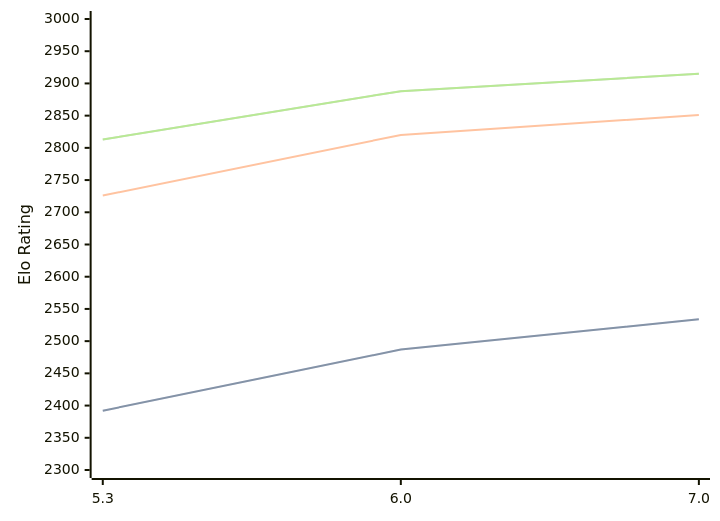
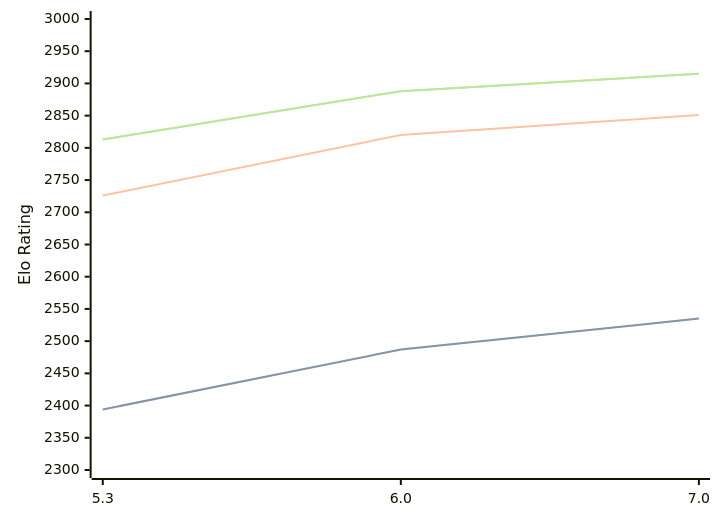
The diagram in engines/tomitankChess.md (computer-chess-index/cci), drawn with Mermaid before and after one commit. The commit also changed other lines of this file, not shown here.

````diff
--- a/engines/tomitankChess.md
+++ b/engines/tomitankChess.md
@@ -33,11 +33,11 @@
 ```mermaid
 %%{init: {"theme":"base","themeVariables":{"seriesColors:['#a3a3a3','#222221','#faa371']}}}%%
 xychart-beta
   x-axis ["5.3", "6.0", "7.0"]
   y-axis "Elo Rating" 2300 --> 3000
-  line "" [2392, 2487, 2534]
-  line "STC (8.0+0.08s)" [2392, 2487, 2534]
+  line "" [2394, 2487, 2535]
+  line "STC (8.0+0.08s)" [2394, 2487, 2535]
   line "LTC (60.0+0.60s)" [2726, 2820, 2851]
   line "" [2813, 2888, 2915]
   line "VLTC (2m24s+1.12s)" [2813, 2888, 2915]
 ```
````
